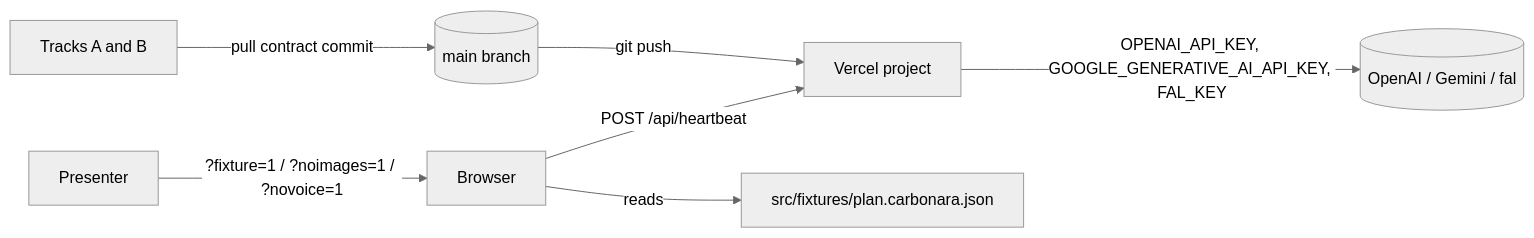
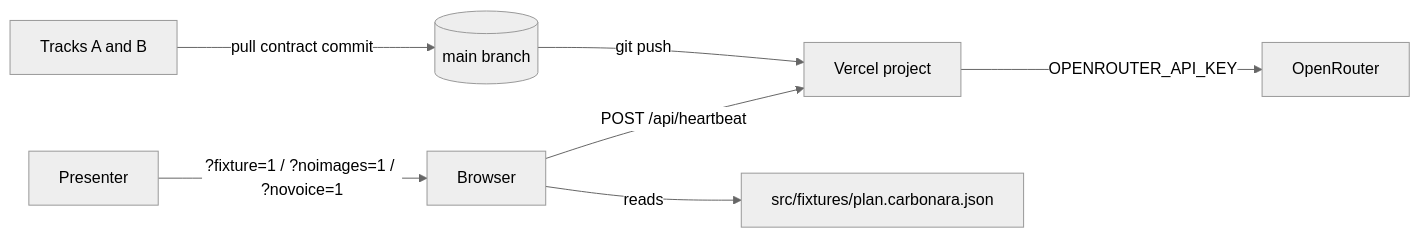
One commit to aintnorest/thought-partners changed the first of 2 diagrams in docs/features/glue-and-deploy/system-design.md. Above: the diagram before and after it, drawn with Mermaid (neutral theme). The commit also changed other lines of this file and 3 other files, not shown here.

Commit message:
docs: route model plans through OpenRouter

````diff
--- a/docs/features/glue-and-deploy/system-design.md
+++ b/docs/features/glue-and-deploy/system-design.md
@@ -19,9 +19,9 @@
 ```mermaid
 flowchart LR
   Dev[Tracks A and B] -->|pull contract commit| Main[(main branch)]
   Main -->|git push| Vercel[Vercel project]
   Presenter -->|?fixture=1 / ?noimages=1 / ?novoice=1| Browser
   Browser -->|POST /api/heartbeat| Vercel
   Browser -->|reads| Fixture[src/fixtures/plan.carbonara.json]
-  Vercel -->|OPENAI_API_KEY, GOOGLE_GENERATIVE_AI_API_KEY, FAL_KEY| Providers[(OpenAI / Gemini / fal)]
+  Vercel -->|OPENROUTER_API_KEY| OpenRouter[OpenRouter]
 ```
````
